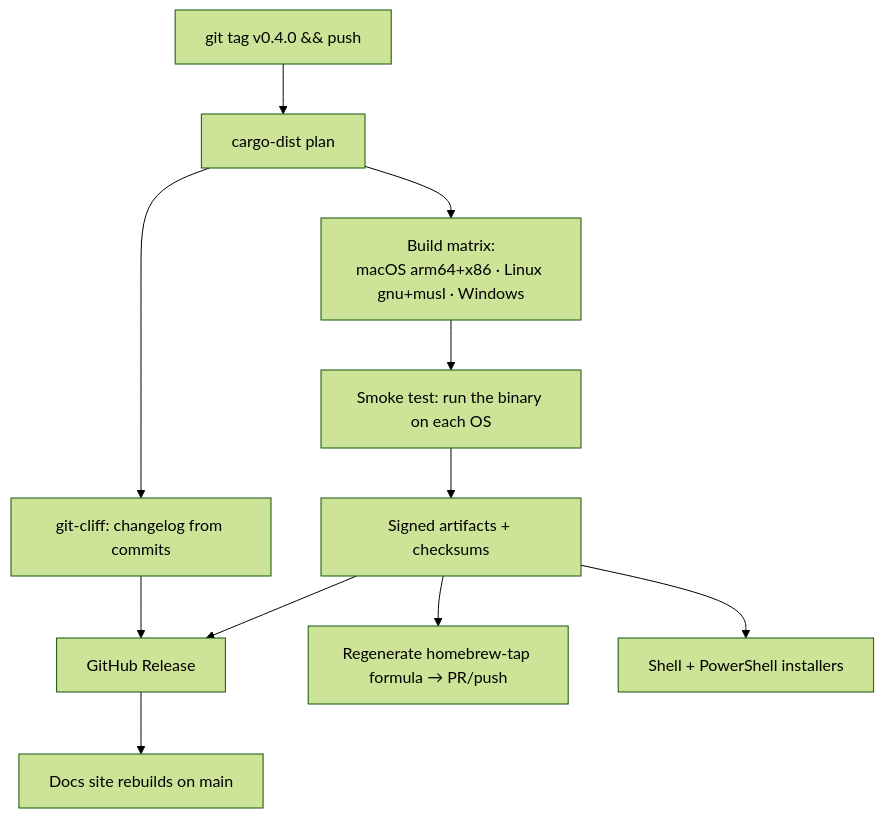
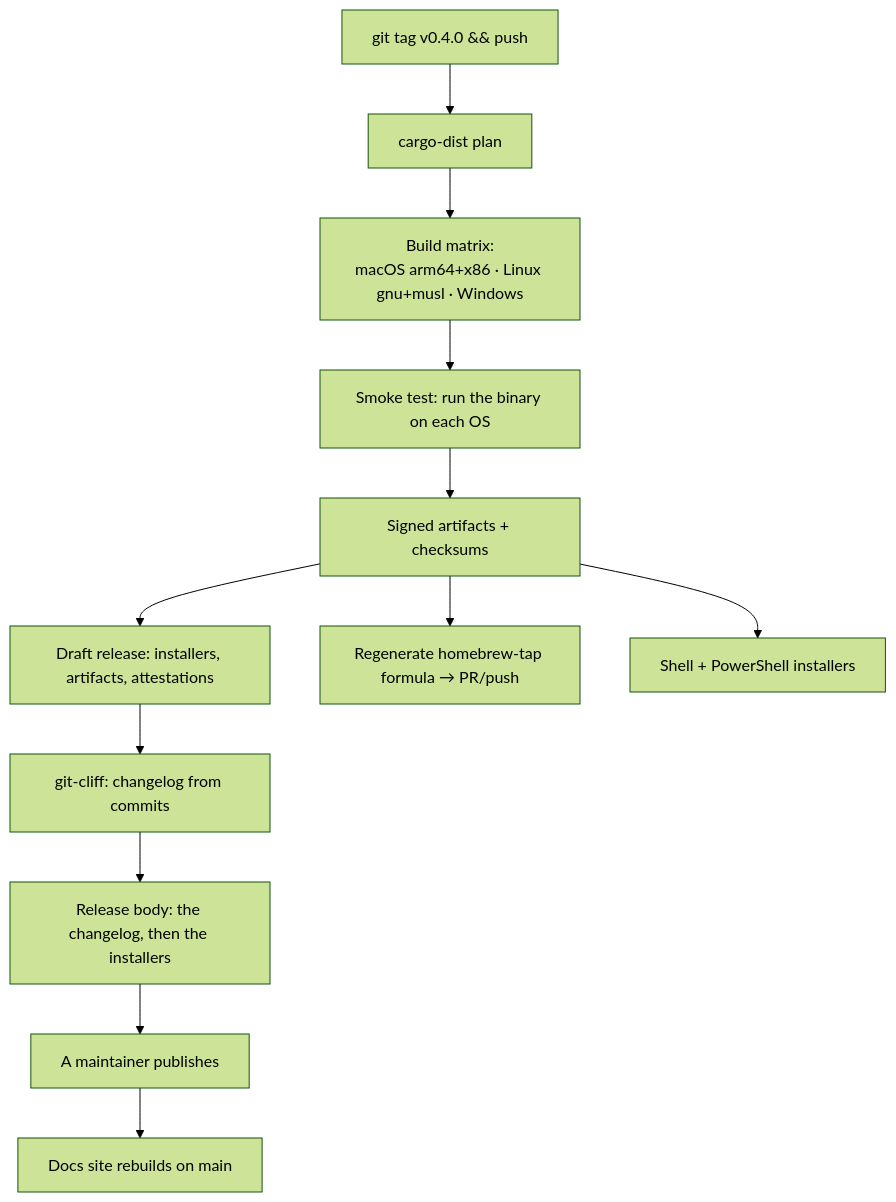
One commit to lemonfiber/spec changed the diagram in 70-operations/releasing.md. Above: the diagram before and after it, drawn with Mermaid (forest theme). The commit also changed other lines of this file and 11 other files, not shown here.

````diff
--- a/70-operations/releasing.md
+++ b/70-operations/releasing.md
@@ -42,13 +42,14 @@
 ```mermaid
 flowchart TD
     tag["git tag v0.4.0 && push"] --> plan[cargo-dist plan]
     plan --> build[Build matrix:<br/>macOS arm64+x86 · Linux gnu+musl · Windows]
     build --> smoke[Smoke test: run the binary on each OS]
     smoke --> art[Signed artifacts + checksums]
-    art --> rel[GitHub Release]
+    art --> rel["Draft release: installers, artifacts, attestations"]
     art --> tap[Regenerate homebrew-tap formula → PR/push]
     art --> inst[Shell + PowerShell installers]
-    plan --> log[git-cliff: changelog from commits]
-    log --> rel
-    rel --> docs[Docs site rebuilds on main]
+    rel --> log[git-cliff: changelog from commits]
+    log --> body["Release body: the changelog, then the installers"]
+    body --> pub["A maintainer publishes"]
+    pub --> docs[Docs site rebuilds on main]
 ```
````
